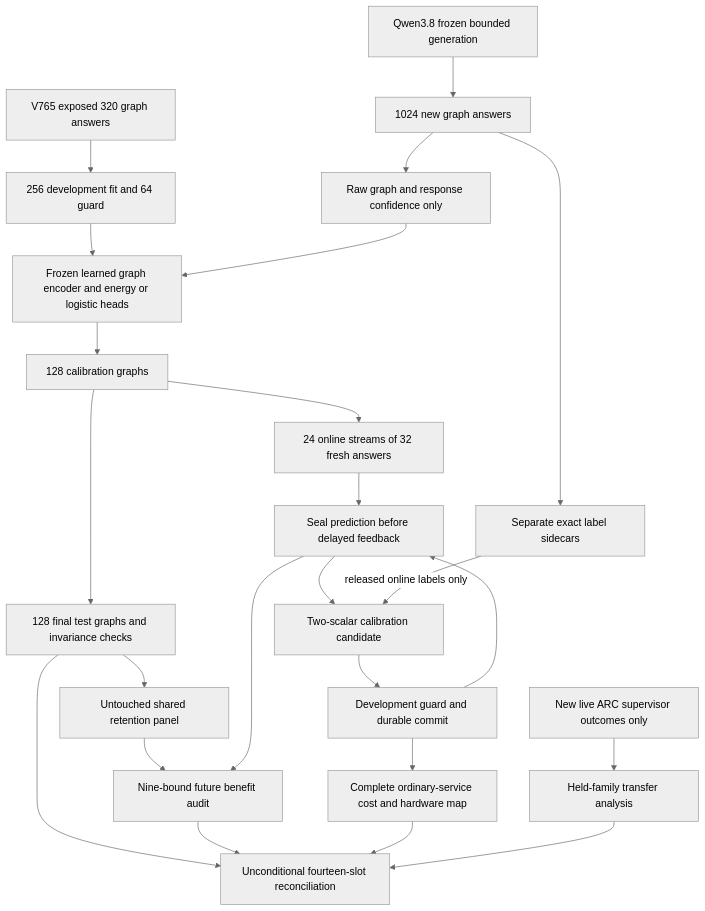
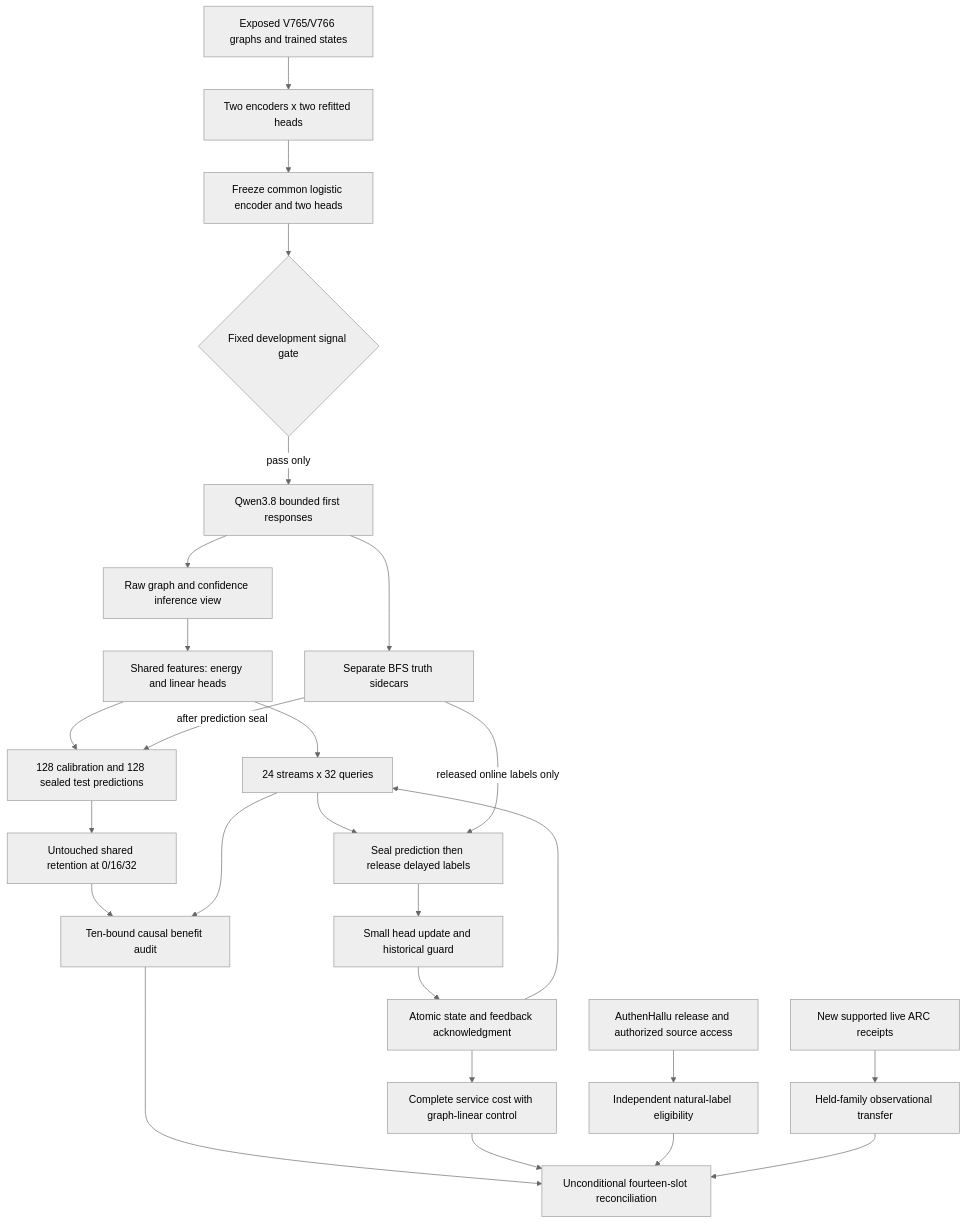
One commit to Carnot-EBM/carnot-ebm changed the first of 2 diagrams in openspec/change-proposals/research-roadmap-vNEXT.md. Above: the diagram before and after it, drawn with Mermaid (neutral theme). The commit also changed other lines of this file and 19 other files, not shown here.

````diff
--- a/openspec/change-proposals/research-roadmap-vNEXT.md
+++ b/openspec/change-proposals/research-roadmap-vNEXT.md
@@ -76,26 +77,28 @@
 ```mermaid
 flowchart TD
-    H[V765 exposed 320 graph answers] --> D[256 development fit and 64 guard]
-    D --> M[Frozen learned graph encoder and energy or logistic heads]
-    Q[Qwen3.8 frozen bounded generation] --> C[1024 new graph answers]
-    C --> L[Separate exact label sidecars]
-    C --> X[Raw graph and response confidence only]
-    X --> M
-    M --> K[128 calibration graphs]
-    K --> T[128 final test graphs and invariance checks]
-    K --> O[24 online streams of 32 fresh answers]
-    O --> S[Seal prediction before delayed feedback]
-    S --> U[Two-scalar calibration candidate]
-    L -->|released online labels only| U
-    U --> G[Development guard and durable commit]
-    G --> S
-    T --> R[Untouched shared retention panel]
-    R --> A[Nine-bound future benefit audit]
-    S --> A
-    G --> W[Complete ordinary-service cost and hardware map]
-    V[New live ARC supervisor outcomes only] --> F[Held-family transfer analysis]
-    T --> Z[Unconditional fourteen-slot reconciliation]
-    A --> Z
-    W --> Z
-    F --> Z
+    H[Exposed V765/V766 graphs and trained states] --> D[Two encoders x two refitted heads]
+    D --> F[Freeze common logistic encoder and two heads]
+    F --> G{Fixed development signal gate}
+    G -->|pass only| Q[Qwen3.8 bounded first responses]
+    Q --> V[Raw graph and confidence inference view]
+    Q --> B[Separate BFS truth sidecars]
+    V --> E[Shared features: energy and linear heads]
+    E --> C[128 calibration and 128 sealed test predictions]
+    B -->|after prediction seal| C
+    E --> O[24 streams x 32 queries]
+    O --> S[Seal prediction then release delayed labels]
+    B -->|released online labels only| S
+    S --> U[Small head update and historical guard]
+    U --> W[Atomic state and feedback acknowledgment]
+    W --> O
+    C --> R[Untouched shared retention at 0/16/32]
+    R --> A[Ten-bound causal benefit audit]
+    O --> A
+    W --> K[Complete service cost with graph-linear control]
+    N[AuthenHallu release and authorized source access] --> L[Independent natural-label eligibility]
+    X[New supported live ARC receipts] --> Y[Held-family observational transfer]
+    A --> Z[Unconditional fourteen-slot reconciliation]
+    K --> Z
+    L --> Z
+    Y --> Z
 ```
````
